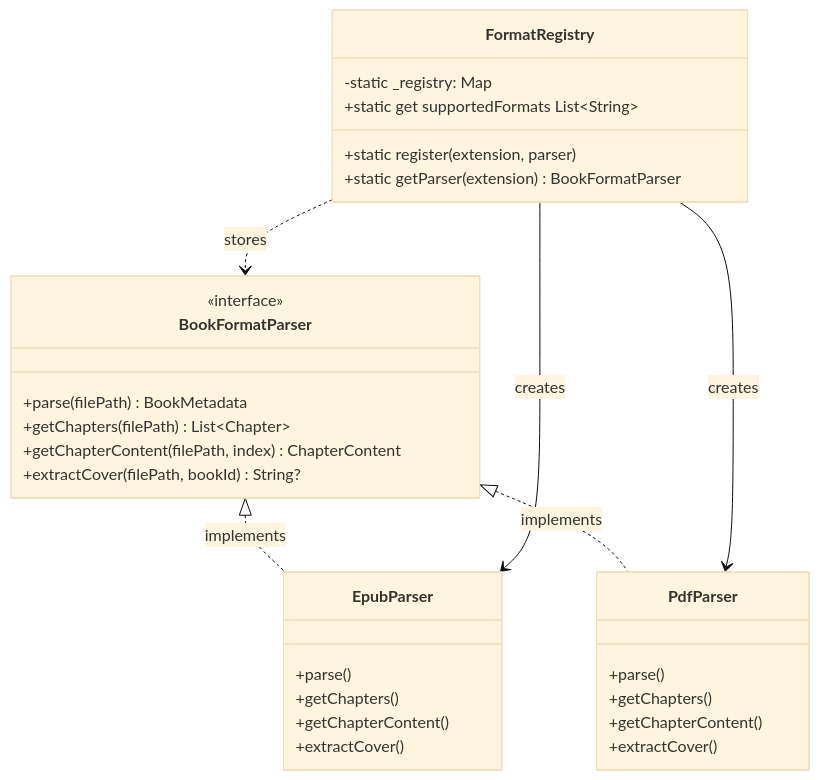
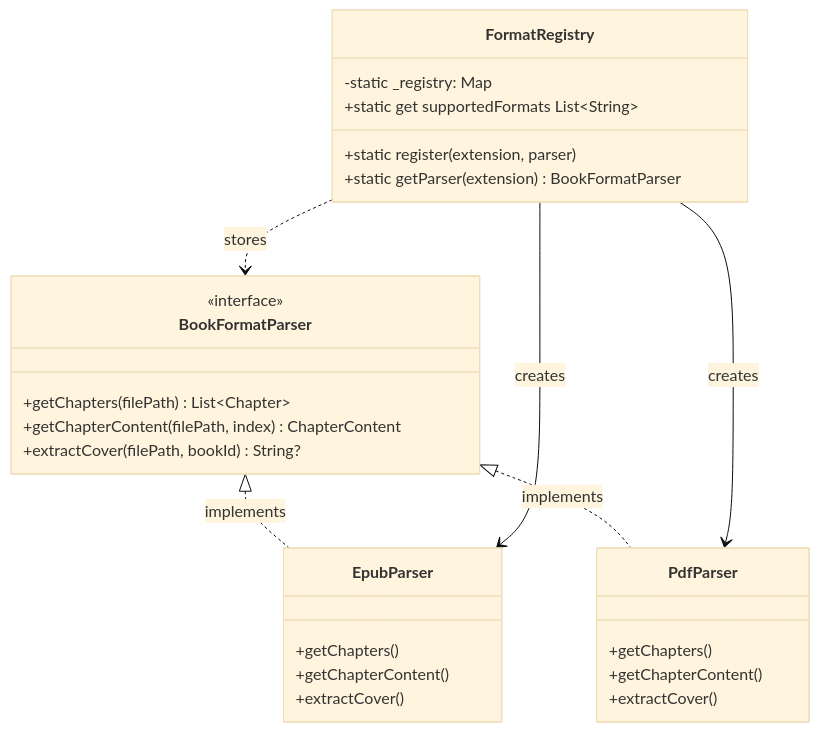
The tenth of 11 diagrams in docs/function_call_relationships_visual.md (jjzhang2000/zhidu), drawn with Mermaid (base theme) before and after one commit. The commit also changed other lines of this file and 21 other files, not shown here.

````diff
--- a/docs/function_call_relationships_visual.md
+++ b/docs/function_call_relationships_visual.md
@@ -487,37 +486,34 @@
 ```mermaid
 classDiagram
     class BookFormatParser {
         <<interface>>
-        +parse(filePath) BookMetadata
         +getChapters(filePath) List~Chapter~
         +getChapterContent(filePath, index) ChapterContent
         +extractCover(filePath, bookId) String?
     }
 
     class EpubParser {
-        +parse()
         +getChapters()
         +getChapterContent()
         +extractCover()
     }
 
     class PdfParser {
-        +parse()
         +getChapters()
         +getChapterContent()
         +extractCover()
     }
 
     class FormatRegistry {
         -static _registry: Map
         +static register(extension, parser)
         +static getParser(extension) BookFormatParser
         +static get supportedFormats List~String~
     }
 
     BookFormatParser <|.. EpubParser : implements
     BookFormatParser <|.. PdfParser : implements
     FormatRegistry ..> BookFormatParser : stores
     FormatRegistry --> EpubParser : creates
     FormatRegistry --> PdfParser : creates
 ```
````
